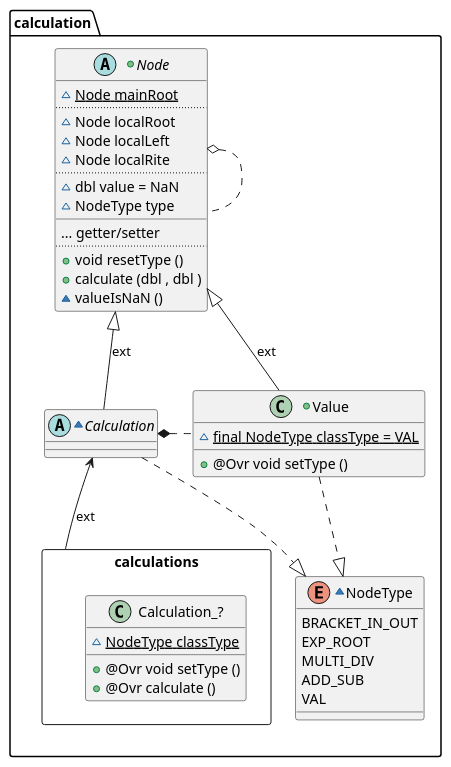
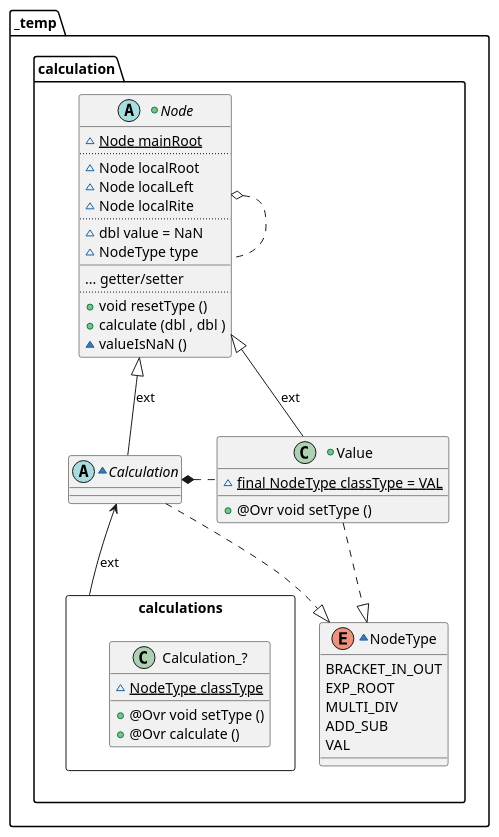
Before and after one commit to vitalispopoff/calculator: the diagram in src/main/resources/package_calculation_strcucture.puml, drawn with PlantUML. The commit also changed 78 other files, not shown here.

```diff
--- a/src/main/resources/package_calculation_strcucture.puml
+++ b/src/main/resources/package_calculation_strcucture.puml
@@ -1,71 +1,71 @@
 @startuml
 
-package calculation{
+package _temp.calculation{
 
 /'    +abstract Treebeard{
             ~ {field} {static} Node leftSlot
             ~ {field} {static} Node rootSlot
             ~ {field} {static} Node riteSlot
         ..
             ~ {field} {static} bool leftNull
             ~ {field} {static} bool rootNull
             ~ {field} {static} bool riteNull
         __
             ~ {method} {static} int identifySlot ()
     }'/
 
     +abstract Node{
             ~   {static} Node mainRoot
         ..
             ~   {field} Node localRoot
             ~   {field} Node localLeft
             ~   {field} Node localRite
         ..
             ~   {field} dbl value = NaN
             ~   {field} NodeType type
         __
                 {method} ... getter/setter
 '            +   {method} setValue ()
 '            ~   {method} setValue (value)
         ..
             +   {method} void resetType ()
             +   {method} calculate (dbl , dbl )
             ~   {method} valueIsNaN ()
     }
 
     +class Value{
             ~   {static} final NodeType classType = VAL
             __
             +   {method} @Ovr void setType ()
     }
 
     ~abstract Calculation{
     }
 
     package calculations <<Rectangle>> {
         class Calculation_?{
                 ~ {field} {static} NodeType classType
             __
                 + {method} @Ovr void setType ()
                 + {method} @Ovr calculate ()
         }
     }
 
     ~enum NodeType{
         BRACKET_IN_OUT
         EXP_ROOT
         MULTI_DIV
         ADD_SUB
         VAL
     }
 }
 
     Node            o.     Node
     Node            <|-    Value           : ext
     Node            <|--    Calculation     : ext
     Calculation     <--     calculations    : ext
     Calculation     *.     Value
     Calculation     .|>    NodeType
     Value           ..|>    NodeType
 
 @enduml
```
